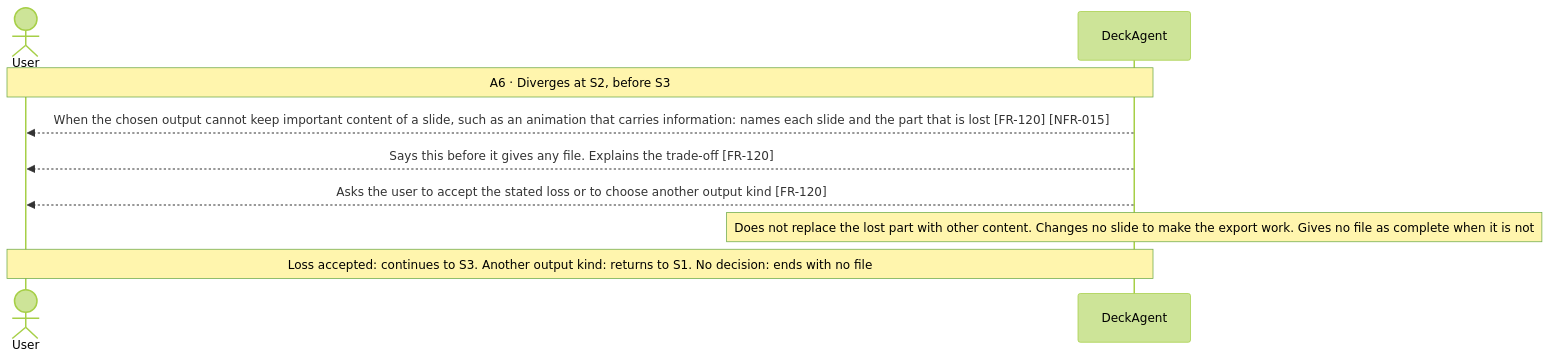
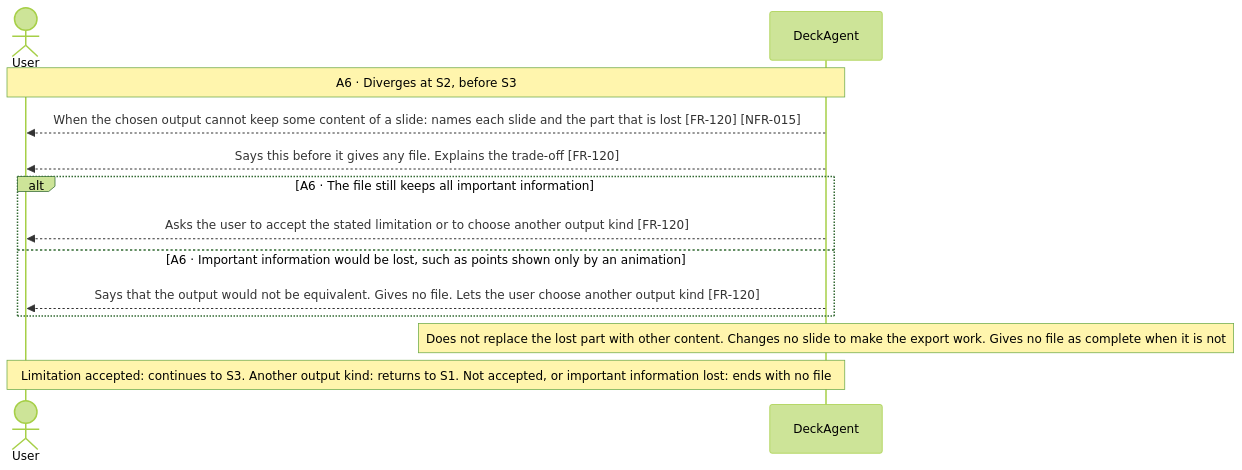
Before and after one commit to Luke23127006/DeckAgent: the fifth of 11 diagrams in docs/spec/03-use-cases/UC-004.md, drawn with Mermaid (forest theme). The commit also changed other lines of this file and 13 other files, not shown here.

````diff
--- a/docs/spec/03-use-cases/UC-004.md
+++ b/docs/spec/03-use-cases/UC-004.md
@@ -109,11 +109,15 @@
 ```mermaid
 sequenceDiagram
     actor User
     participant DeckAgent
     Note over User,DeckAgent: A6 · Diverges at S2, before S3
-    DeckAgent-->>User: When the chosen output cannot keep important content of a slide, such as an animation that carries information: names each slide and the part that is lost [FR-120] [NFR-015]
+    DeckAgent-->>User: When the chosen output cannot keep some content of a slide: names each slide and the part that is lost [FR-120] [NFR-015]
     DeckAgent-->>User: Says this before it gives any file. Explains the trade-off [FR-120]
-    DeckAgent-->>User: Asks the user to accept the stated loss or to choose another output kind [FR-120]
+    alt A6 · The file still keeps all important information
+        DeckAgent-->>User: Asks the user to accept the stated limitation or to choose another output kind [FR-120]
+    else A6 · Important information would be lost, such as points shown only by an animation
+        DeckAgent-->>User: Says that the output would not be equivalent. Gives no file. Lets the user choose another output kind [FR-120]
+    end
     note over DeckAgent: Does not replace the lost part with other content. Changes no slide to make the export work. Gives no file as complete when it is not
-    Note over User,DeckAgent: Loss accepted: continues to S3. Another output kind: returns to S1. No decision: ends with no file
+    Note over User,DeckAgent: Limitation accepted: continues to S3. Another output kind: returns to S1. Not accepted, or important information lost: ends with no file
 ```
````
